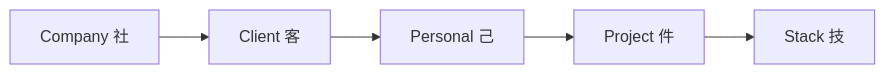
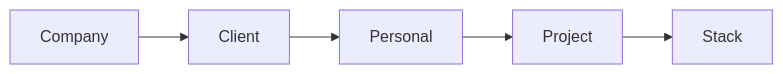
One commit to sensei-hq/sensei changed the third of 4 diagrams in docs/features/dojo/sitemap.md. Above: the diagram before and after it, drawn with Mermaid. The commit also changed other lines of this file, not shown here.

First line of the commit message:
docs(features): dojo sitemap — work-first personal view + /org/[slug] context (resolved Q1-3)

````diff
--- a/docs/features/dojo/sitemap.md
+++ b/docs/features/dojo/sitemap.md
@@ -137,4 +118,4 @@
 ```mermaid
 flowchart LR
-  Co["Company 社"] --> Cl["Client 客"] --> Pe["Personal 己"] --> Pr["Project 件"] --> St["Stack 技"]
+  Co["Company"] --> Cl["Client"] --> Pe["Personal"] --> Pr["Project"] --> St["Stack"]
 ```
````
